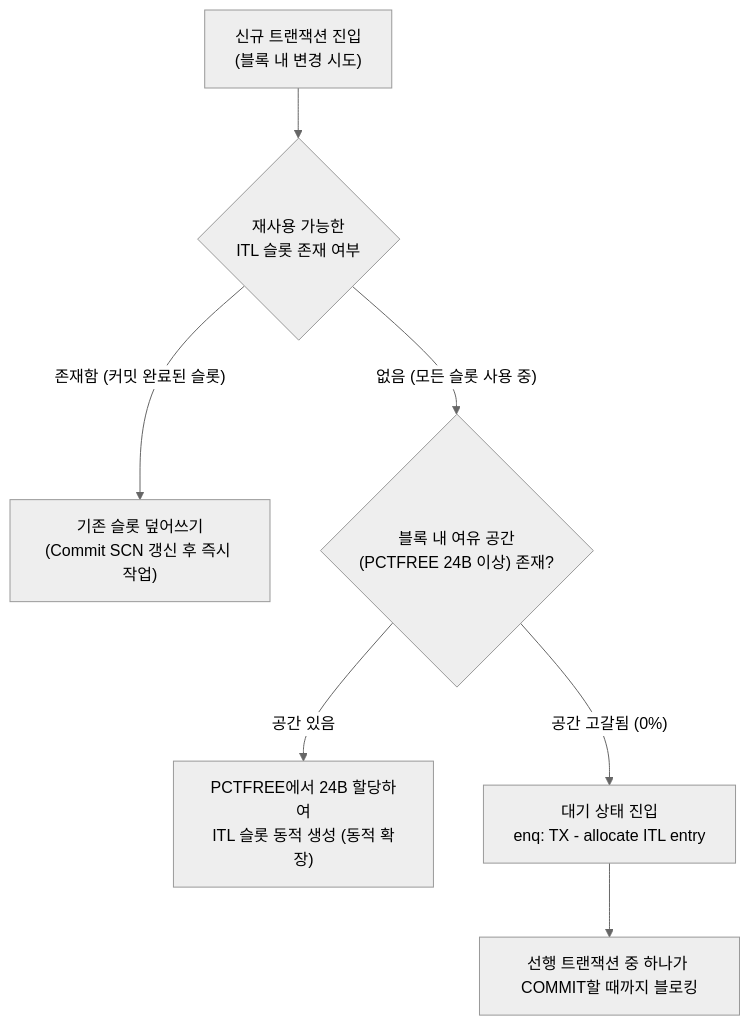
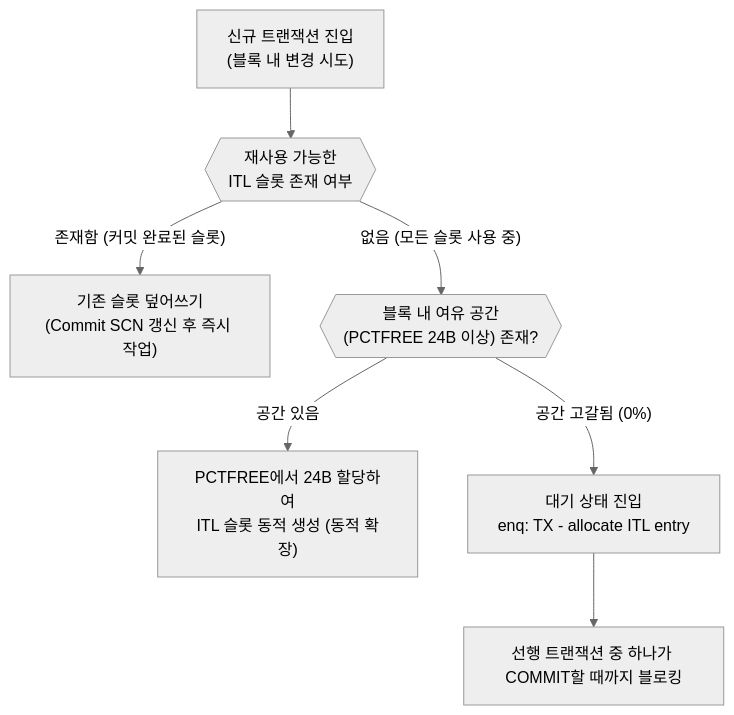
Before and after one commit to djpibo/djpibo.github.io: the second of 9 diagrams in docs/dbms/oracle/high-concurrency-insert-itl-and-index-split.md, drawn with Mermaid (neutral theme). The commit also changed other lines of this file and 6 other files, not shown here.

Commit message:
style(mermaid): replace oversized diamond nodes with compact hexagon nodes

````diff
--- a/docs/dbms/oracle/high-concurrency-insert-itl-and-index-split.md
+++ b/docs/dbms/oracle/high-concurrency-insert-itl-and-index-split.md
@@ -69,14 +69,14 @@
 ```mermaid
 flowchart TD
-    A["신규 트랜잭션 진입<br/>(블록 내 변경 시도)"] --> B{"재사용 가능한<br/>ITL 슬롯 존재 여부"}
+    A["신규 트랜잭션 진입<br/>(블록 내 변경 시도)"] --> B{{"재사용 가능한<br/>ITL 슬롯 존재 여부"}}
     B -- "존재함 (커밋 완료된 슬롯)" --> C["기존 슬롯 덮어쓰기<br/>(Commit SCN 갱신 후 즉시 작업)"]
-    B -- "없음 (모든 슬롯 사용 중)" --> D{"블록 내 여유 공간<br/>(PCTFREE 24B 이상) 존재?"}
+    B -- "없음 (모든 슬롯 사용 중)" --> D{{"블록 내 여유 공간<br/>(PCTFREE 24B 이상) 존재?"}}
     D -- "공간 있음" --> E["PCTFREE에서 24B 할당하여<br/>ITL 슬롯 동적 생성 (동적 확장)"]
     D -- "공간 고갈됨 (0%)" --> F["대기 상태 진입<br/>enq: TX - allocate ITL entry"]
     F --> G["선행 트랜잭션 중 하나가 COMMIT할 때까지 블로킹"]
 
     class A action;
     class B,D branch;
     class C,E normal;
     class F,G alert;
 ```
````
